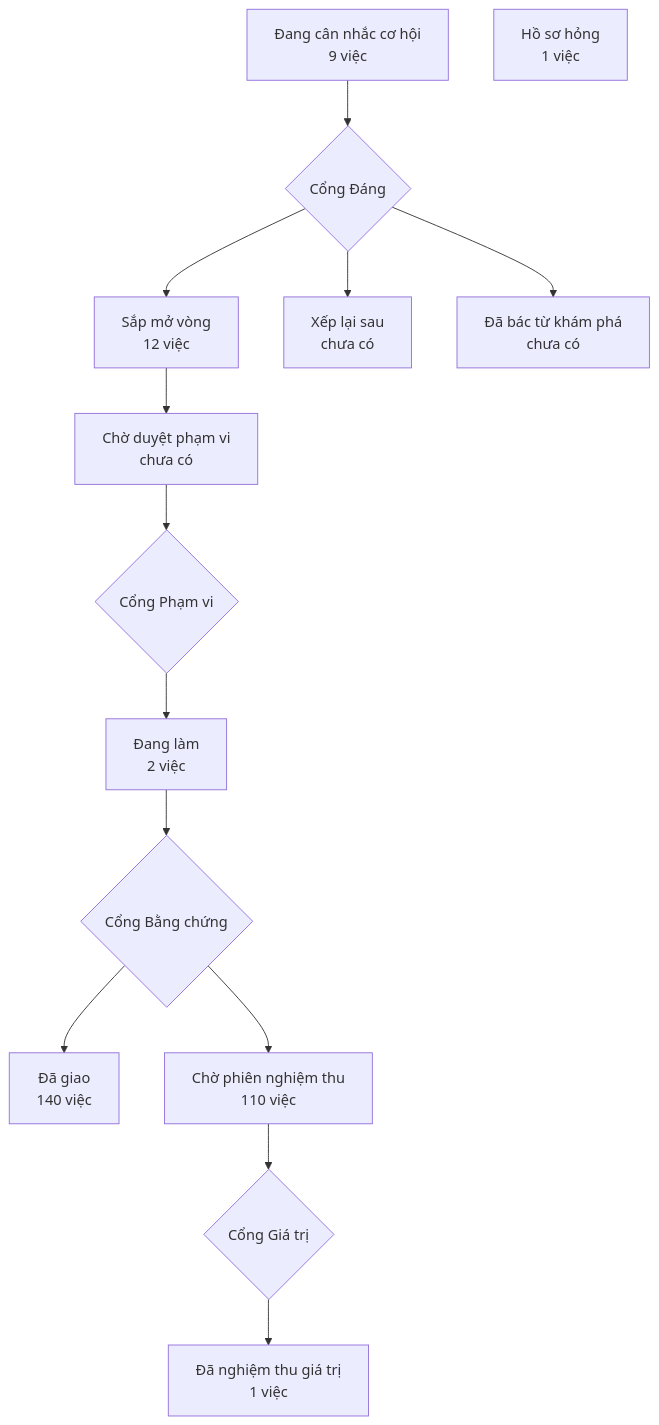
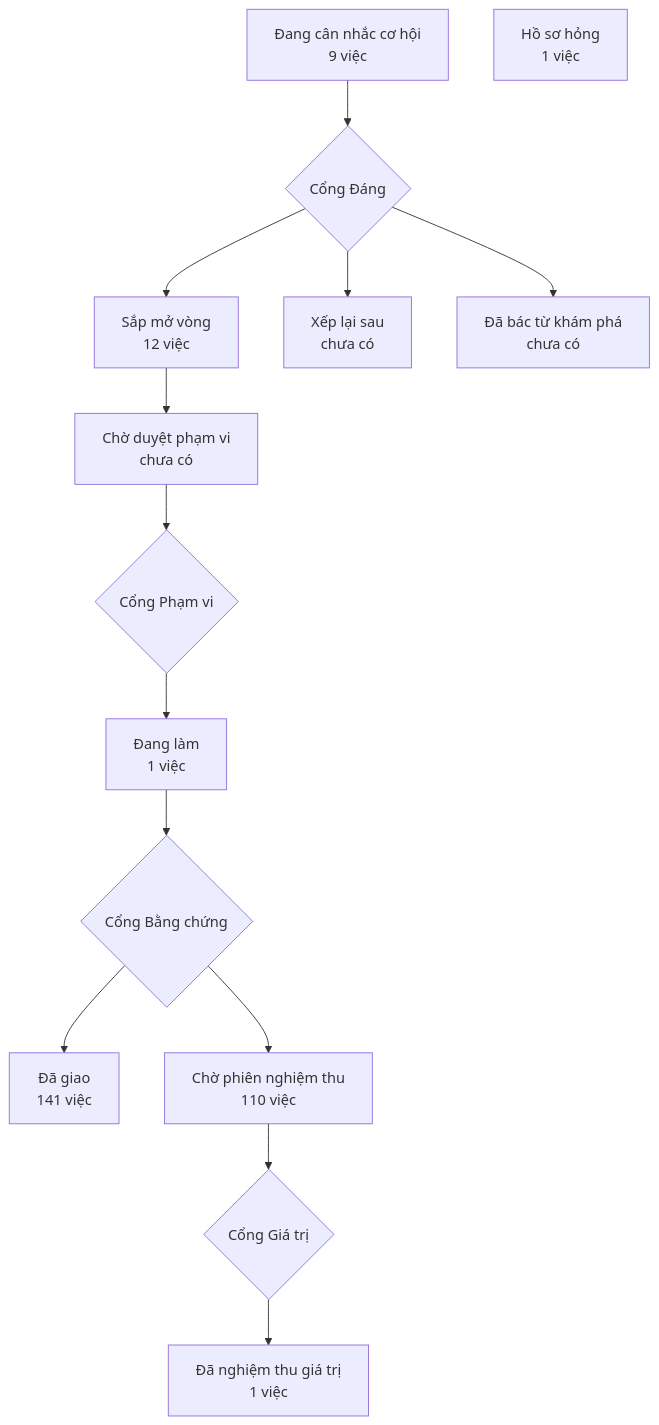
One commit to phanlemanh/crm-onehub changed the diagram in PRODUCT-MAP.md. Above: the diagram before and after it, drawn with Mermaid. The commit also changed 3 other files, not shown here.

````diff
--- a/PRODUCT-MAP.md
+++ b/PRODUCT-MAP.md
@@ -7,13 +7,13 @@
 ```mermaid
 flowchart TD
   A["Đang cân nhắc cơ hội<br/>9 việc"] --> GD{"Cổng Đáng"}
   GD --> B["Sắp mở vòng<br/>12 việc"]
   GD --> XL["Xếp lại sau<br/>chưa có"]
   GD --> DB["Đã bác từ khám phá<br/>chưa có"]
   B --> CD["Chờ duyệt phạm vi<br/>chưa có"] --> GP{"Cổng Phạm vi"}
-  GP --> DL["Đang làm<br/>2 việc"] --> GB{"Cổng Bằng chứng"}
-  GB --> DG["Đã giao<br/>140 việc"]
+  GP --> DL["Đang làm<br/>1 việc"] --> GB{"Cổng Bằng chứng"}
+  GB --> DG["Đã giao<br/>141 việc"]
   GB --> CN["Chờ phiên nghiệm thu<br/>110 việc"] --> GG{"Cổng Giá trị"}
   GG --> NT["Đã nghiệm thu giá trị<br/>1 việc"]
   HS["Hồ sơ hỏng<br/>1 việc"]
 ```
````
